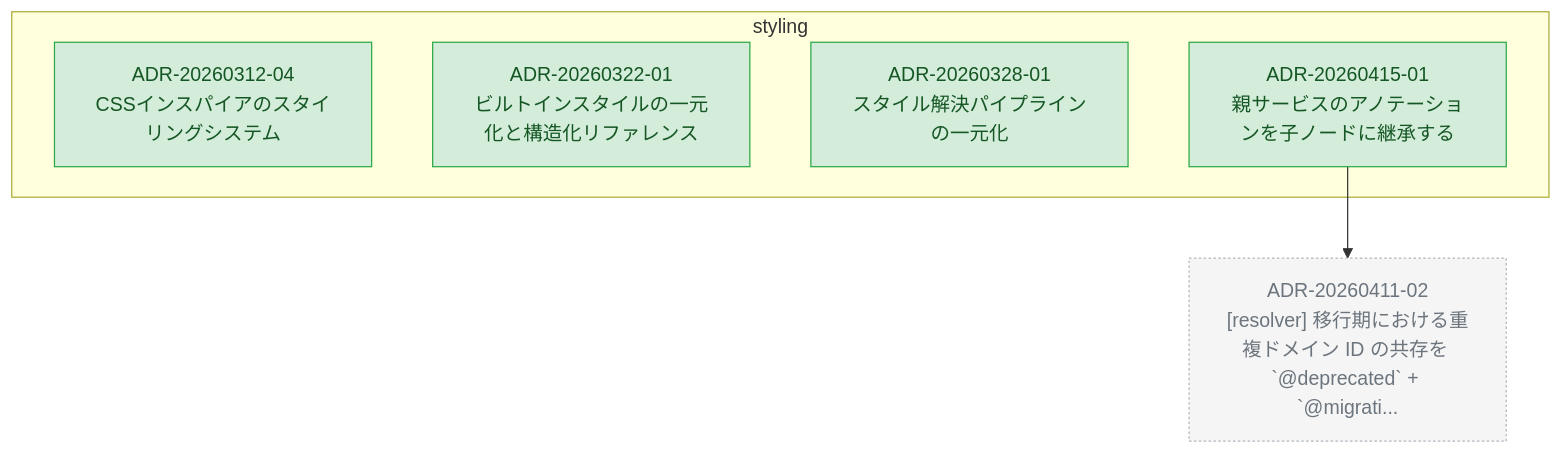
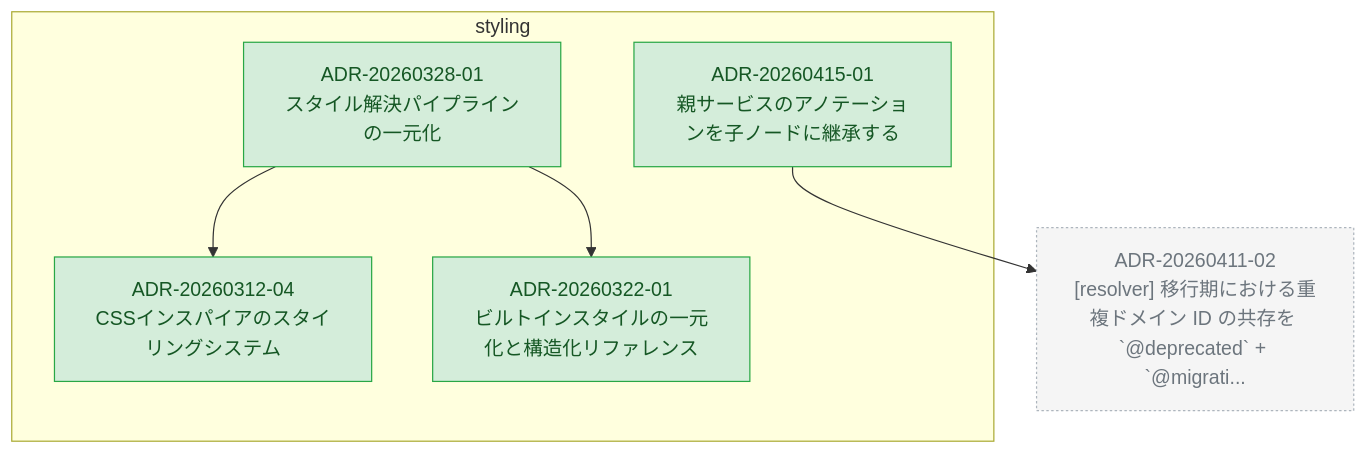
Before and after one commit to kompiro/karasu: the diagram in docs/adr/graph/styling.md, drawn with Mermaid. The commit also changed 8 other files, not shown here.

First line of the commit message:
chore(adr): regenerate graphs after merging main

````diff
--- a/docs/adr/graph/styling.md
+++ b/docs/adr/graph/styling.md
@@ -6,23 +6,25 @@
 ```mermaid
 flowchart TD
   subgraph styling["styling"]
     ADR_20260312_04["ADR-20260312-04<br/>CSSインスパイアのスタイリングシステム"]
     ADR_20260322_01["ADR-20260322-01<br/>ビルトインスタイルの一元化と構造化リファレンス"]
     ADR_20260328_01["ADR-20260328-01<br/>スタイル解決パイプラインの一元化"]
     ADR_20260415_01["ADR-20260415-01<br/>親サービスのアノテーションを子ノードに継承する"]
   end
   ADR_20260411_02["ADR-20260411-02<br/>[resolver] 移行期における重複ドメイン ID の共存を `@deprecated` + `@migrati..."]
+  ADR_20260328_01 --> ADR_20260312_04
+  ADR_20260328_01 --> ADR_20260322_01
   ADR_20260415_01 --> ADR_20260411_02
 
   classDef accepted fill:#d4edda,stroke:#28a745,color:#155724
   classDef proposed fill:#fff3cd,stroke:#ffc107,color:#856404
   classDef deprecated fill:#f8d7da,stroke:#dc3545,color:#721c24
   classDef superseded fill:#e2e3e5,stroke:#6c757d,color:#383d41
   classDef not_adopted fill:#e2e3e5,stroke:#6c757d,color:#383d41,stroke-dasharray:3 3
   classDef ghost fill:#f5f5f5,stroke:#adb5bd,color:#6c757d,stroke-dasharray:2 2
   class ADR_20260312_04 accepted
   class ADR_20260322_01 accepted
   class ADR_20260328_01 accepted
   class ADR_20260415_01 accepted
   class ADR_20260411_02 ghost
 ```
````
